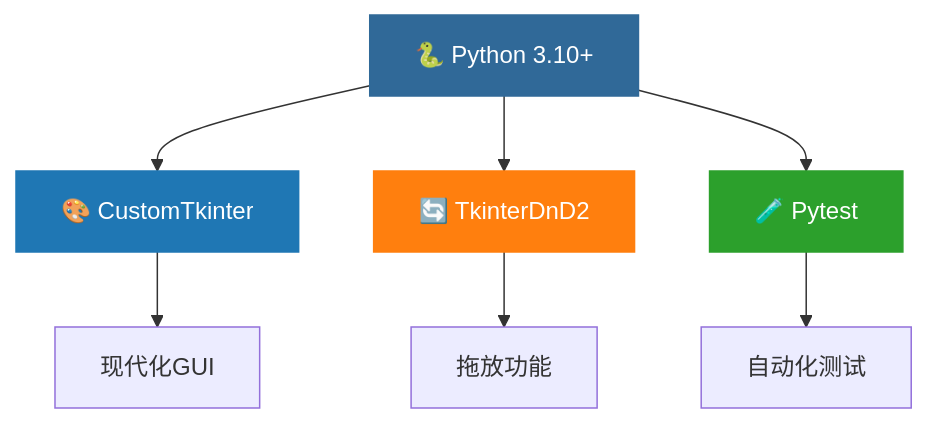
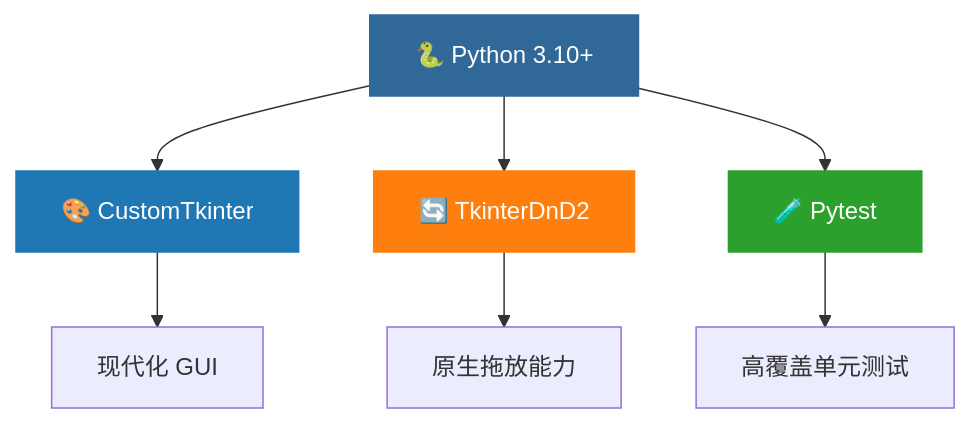
Before and after one commit to SaintFore/tool_for_anki: the first of 3 diagrams in README.md, drawn with Mermaid. The commit also changed other lines of this file, not shown here.

````diff
--- a/README.md
+++ b/README.md
@@ -44,15 +39,15 @@
 ```mermaid
 graph TB
     A[🐍 Python 3.10+] --> B[🎨 CustomTkinter]
     A --> C[🔄 TkinterDnD2] 
     A --> D[🧪 Pytest]
     
-    B --> E[现代化GUI]
-    C --> F[拖放功能]
-    D --> G[自动化测试]
+    B --> E[现代化 GUI]
+    C --> F[原生拖放能力]
+    D --> G[高覆盖单元测试]
     
     style A fill:#306998,stroke:#306998,color:#fff
     style B fill:#1f77b4,stroke:#1f77b4,color:#fff
     style C fill:#ff7f0e,stroke:#ff7f0e,color:#fff
     style D fill:#2ca02c,stroke:#2ca02c,color:#fff
 ```
````
